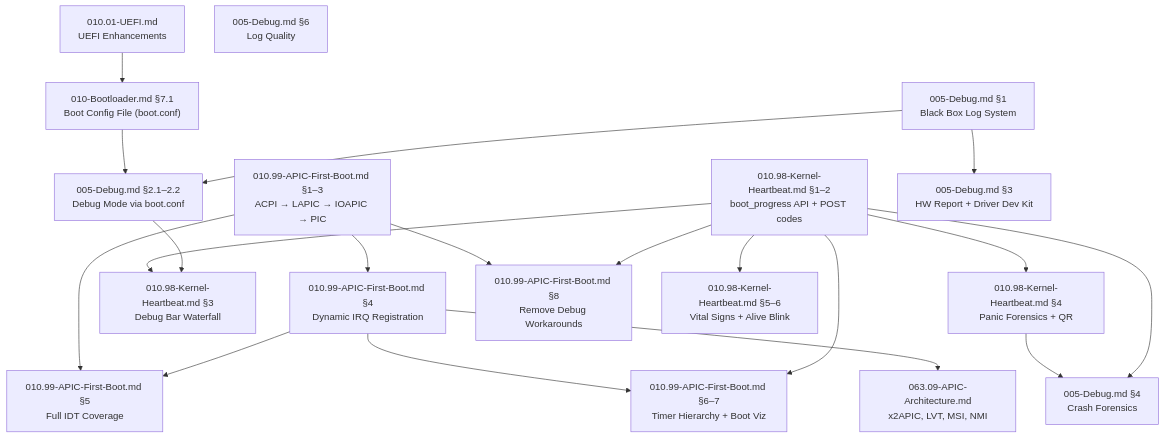
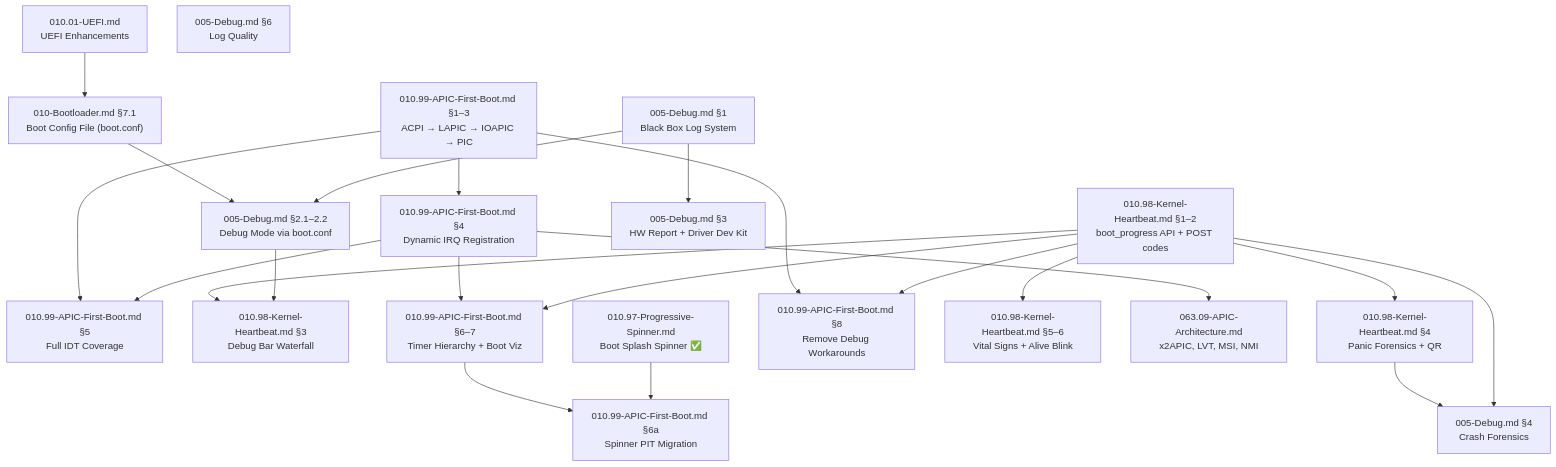
Before and after one commit to rizonesoft/impossible-os: the diagram in todo/010-Kernel-Foundations/TODO-010-Bootloader.md, drawn with Mermaid. The commit also changed other lines of this file and 1 other file, not shown here.

Commit message:
todo: add spinner PIT migration and UEFI RT status to bootloader roadmap

````diff
--- a/todo/010-Kernel-Foundations/TODO-010-Bootloader.md
+++ b/todo/010-Kernel-Foundations/TODO-010-Bootloader.md
@@ -31,39 +31,43 @@
 ```mermaid
 graph TD
     A["010-Bootloader.md §7.1<br/>Boot Config File (boot.conf)"]
     B["010.01-UEFI.md<br/>UEFI Enhancements"]
     C["010.99-APIC-First-Boot.md §1–3<br/>ACPI → LAPIC → IOAPIC → PIC"]
     D["010.99-APIC-First-Boot.md §4<br/>Dynamic IRQ Registration"]
     E["010.99-APIC-First-Boot.md §5<br/>Full IDT Coverage"]
     F["005-Debug.md §1<br/>Black Box Log System"]
     G["005-Debug.md §2.1–2.2<br/>Debug Mode via boot.conf"]
     H["010.98-Kernel-Heartbeat.md §1–2<br/>boot_progress API + POST codes"]
     I["010.98-Kernel-Heartbeat.md §3<br/>Debug Bar Waterfall"]
     J["010.98-Kernel-Heartbeat.md §4<br/>Panic Forensics + QR"]
     K["010.99-APIC-First-Boot.md §6–7<br/>Timer Hierarchy + Boot Viz"]
+    K2["010.99-APIC-First-Boot.md §6a<br/>Spinner PIT Migration"]
     L["010.99-APIC-First-Boot.md §8<br/>Remove Debug Workarounds"]
     M["010.98-Kernel-Heartbeat.md §5–6<br/>Vital Signs + Alive Blink"]
     N["005-Debug.md §3<br/>HW Report + Driver Dev Kit"]
     P["005-Debug.md §4<br/>Crash Forensics"]
     Q["005-Debug.md §6<br/>Log Quality"]
     O["063.09-APIC-Architecture.md<br/>x2APIC, LVT, MSI, NMI"]
+    S["010.97-Progressive-Spinner.md<br/>Boot Splash Spinner ✅"]
 
     A --> G
     F --> G
     F --> N
     C --> D
     C --> E
     D --> E
     C --> L
     H --> L
     H --> I
     H --> J
     G --> I
     D --> K
     D --> O
     H --> K
     H --> M
     J --> P
     H --> P
     B --> A
+    K --> K2
+    S --> K2
 ```
````
